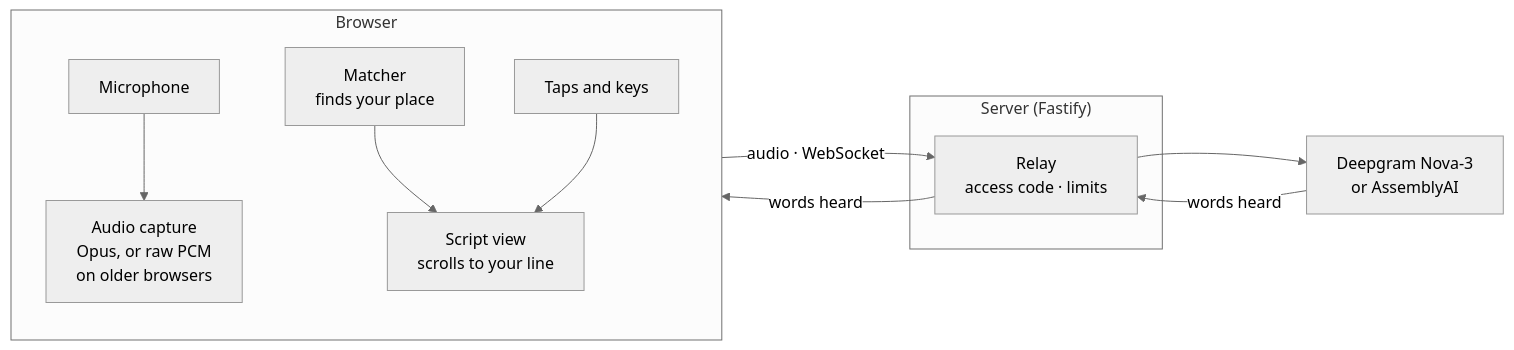
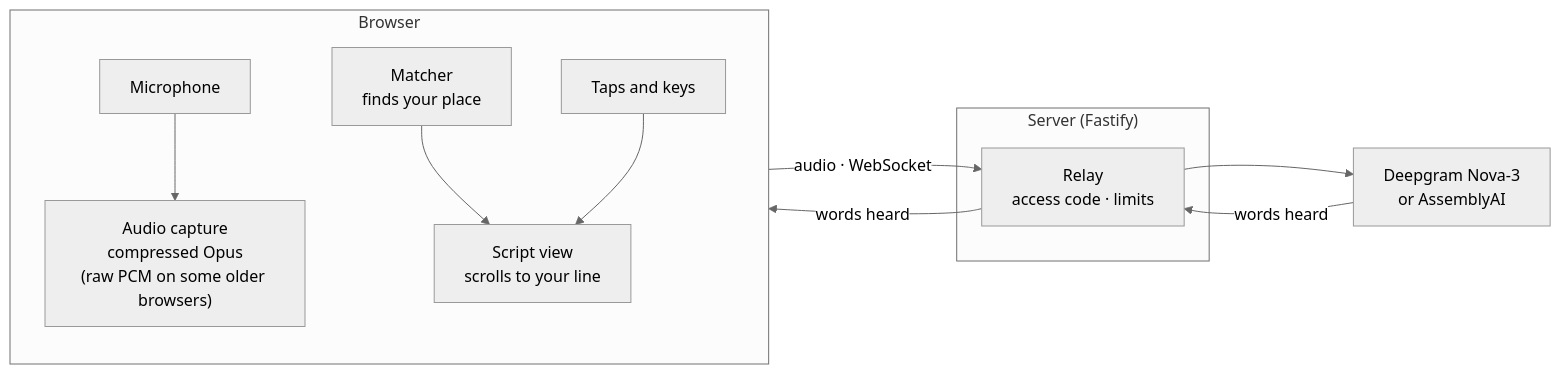
One commit to rimorin/tk_teleprompter changed the second of 4 diagrams in README.md. Above: the diagram before and after it, drawn with Mermaid (neutral theme). The commit also changed other lines of this file and 7 other files, not shown here.

````diff
--- a/README.md
+++ b/README.md
@@ -293,16 +297,16 @@
 ```mermaid
 flowchart LR
     subgraph browser["Browser"]
         direction TB
-        mic["Microphone"] --> enc["Audio capture<br/>Opus, or raw PCM<br/>on older browsers"]
+        mic["Microphone"] --> enc["Audio capture<br/>compressed Opus<br/>(raw PCM on some older browsers)"]
         match["Matcher<br/>finds your place"] --> view["Script view<br/>scrolls to your line"]
         taps["Taps and keys"] --> view
     end
     subgraph backend["Server (Fastify)"]
         relay["Relay<br/>access code · limits"]
     end
     dg["Deepgram Nova-3<br/>or AssemblyAI"]
 
     enc -- "audio · WebSocket" --> relay --> dg
     dg -- "words heard" --> relay -- "words heard" --> match
 ```
````
